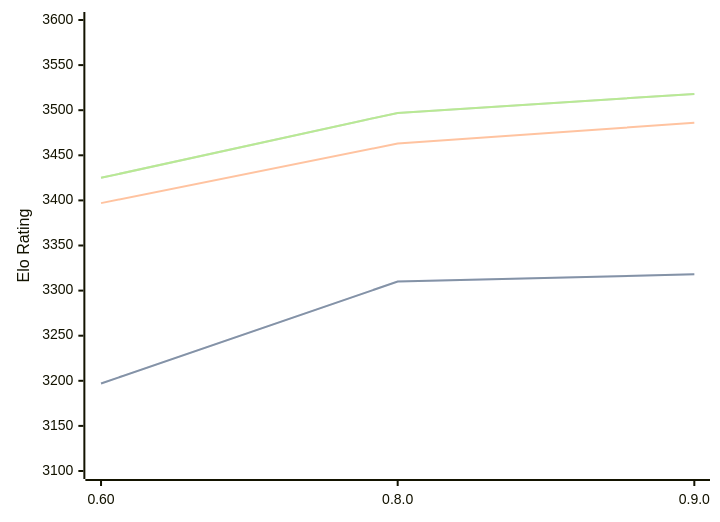
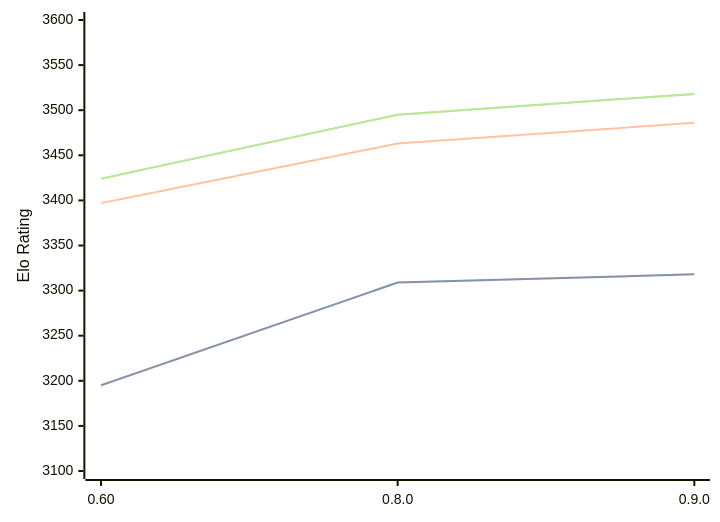
The third of 3 diagrams in engines/Motor.md (computer-chess-index/cci), drawn with Mermaid before and after one commit. The commit also changed other lines of this file, not shown here.

Commit message:
Update CCI Ratings (ELO VLTC) - 2026-06-27

````diff
--- a/engines/Motor.md
+++ b/engines/Motor.md
@@ -72,11 +72,11 @@
 ```mermaid
 %%{init: {"theme":"base","themeVariables":{"seriesColors:['#a3a3a3','#222221','#faa371']}}}%%
 xychart-beta
   x-axis ["0.60", "0.8.0", "0.9.0"]
   y-axis "Elo Rating" 3100 --> 3600
-  line "STC (8.0+0.08s)" [3197, 3310, 3318]
-  line "STC (8.0+0.08s)" [3197, 3310, 3318]
+  line "STC (8.0+0.08s)" [3195, 3309, 3318]
+  line "STC (8.0+0.08s)" [3195, 3309, 3318]
   line "LTC (60.0+0.60s)" [3397, 3463, 3486]
-  line "VLTC (2m24s+1.12s)" [3425, 3497, 3518]
-  line "VLTC (2m24s+1.12s)" [3425, 3497, 3518]
+  line "VLTC (2m24s+1.12s)" [3424, 3495, 3518]
+  line "VLTC (2m24s+1.12s)" [3424, 3495, 3518]
 ```
````
